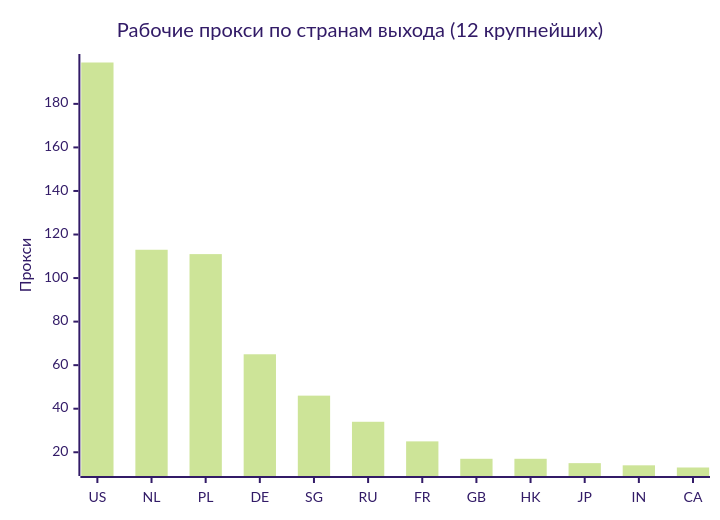
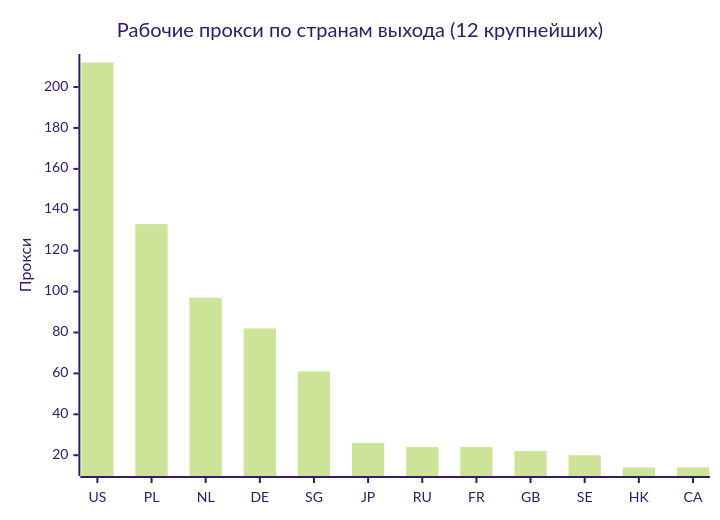
Before and after one commit to rvvg/proxy-subs: the second of 4 diagrams in README.md, drawn with Mermaid (forest theme). The commit also changed other lines of this file and 49 other files, not shown here.

````diff
--- a/README.md
+++ b/README.md
@@ -122,7 +132,7 @@
 ```mermaid
 xychart-beta
     title "Рабочие прокси по странам выхода (12 крупнейших)"
-    x-axis ["US", "NL", "PL", "DE", "SG", "RU", "FR", "GB", "HK", "JP", "IN", "CA"]
+    x-axis ["US", "PL", "NL", "DE", "SG", "JP", "RU", "FR", "GB", "SE", "HK", "CA"]
     y-axis "Прокси"
-    bar [199, 113, 111, 65, 46, 34, 25, 17, 17, 15, 14, 13]
+    bar [212, 133, 97, 82, 61, 26, 24, 24, 22, 20, 14, 14]
 ```
````
